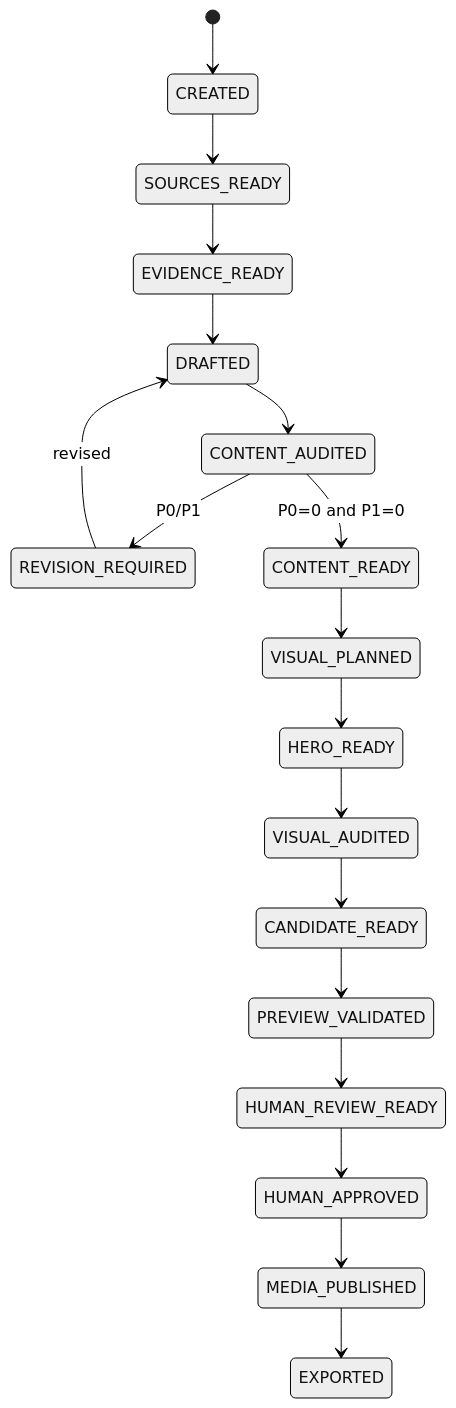
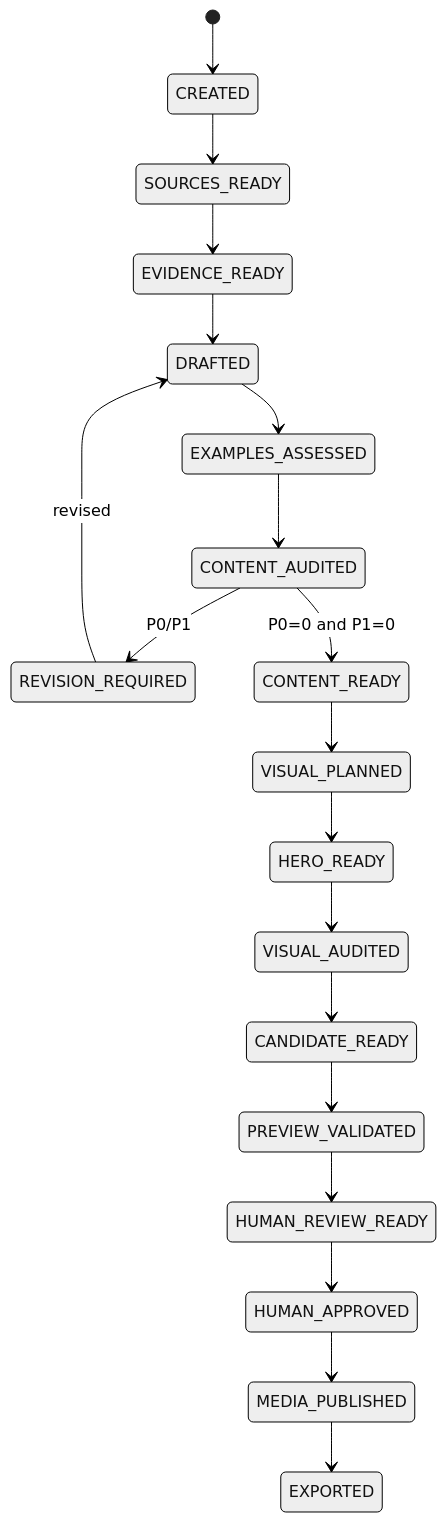
Before and after one commit to Xpotato1024/xpotato-site: the diagram in docs/architecture/article-state-machine.md, drawn with Mermaid (neutral theme). The commit also changed other lines of this file, not shown here.

````diff
--- a/docs/architecture/article-state-machine.md
+++ b/docs/architecture/article-state-machine.md
@@ -37,20 +38,21 @@
 ```mermaid
 stateDiagram-v2
     [*] --> CREATED
     CREATED --> SOURCES_READY
     SOURCES_READY --> EVIDENCE_READY
     EVIDENCE_READY --> DRAFTED
-    DRAFTED --> CONTENT_AUDITED
+    DRAFTED --> EXAMPLES_ASSESSED
+    EXAMPLES_ASSESSED --> CONTENT_AUDITED
     CONTENT_AUDITED --> REVISION_REQUIRED: P0/P1
     REVISION_REQUIRED --> DRAFTED: revised
     CONTENT_AUDITED --> CONTENT_READY: P0=0 and P1=0
     CONTENT_READY --> VISUAL_PLANNED
     VISUAL_PLANNED --> HERO_READY
     HERO_READY --> VISUAL_AUDITED
     VISUAL_AUDITED --> CANDIDATE_READY
     CANDIDATE_READY --> PREVIEW_VALIDATED
     PREVIEW_VALIDATED --> HUMAN_REVIEW_READY
     HUMAN_REVIEW_READY --> HUMAN_APPROVED
     HUMAN_APPROVED --> MEDIA_PUBLISHED
     MEDIA_PUBLISHED --> EXPORTED
 ```
````
